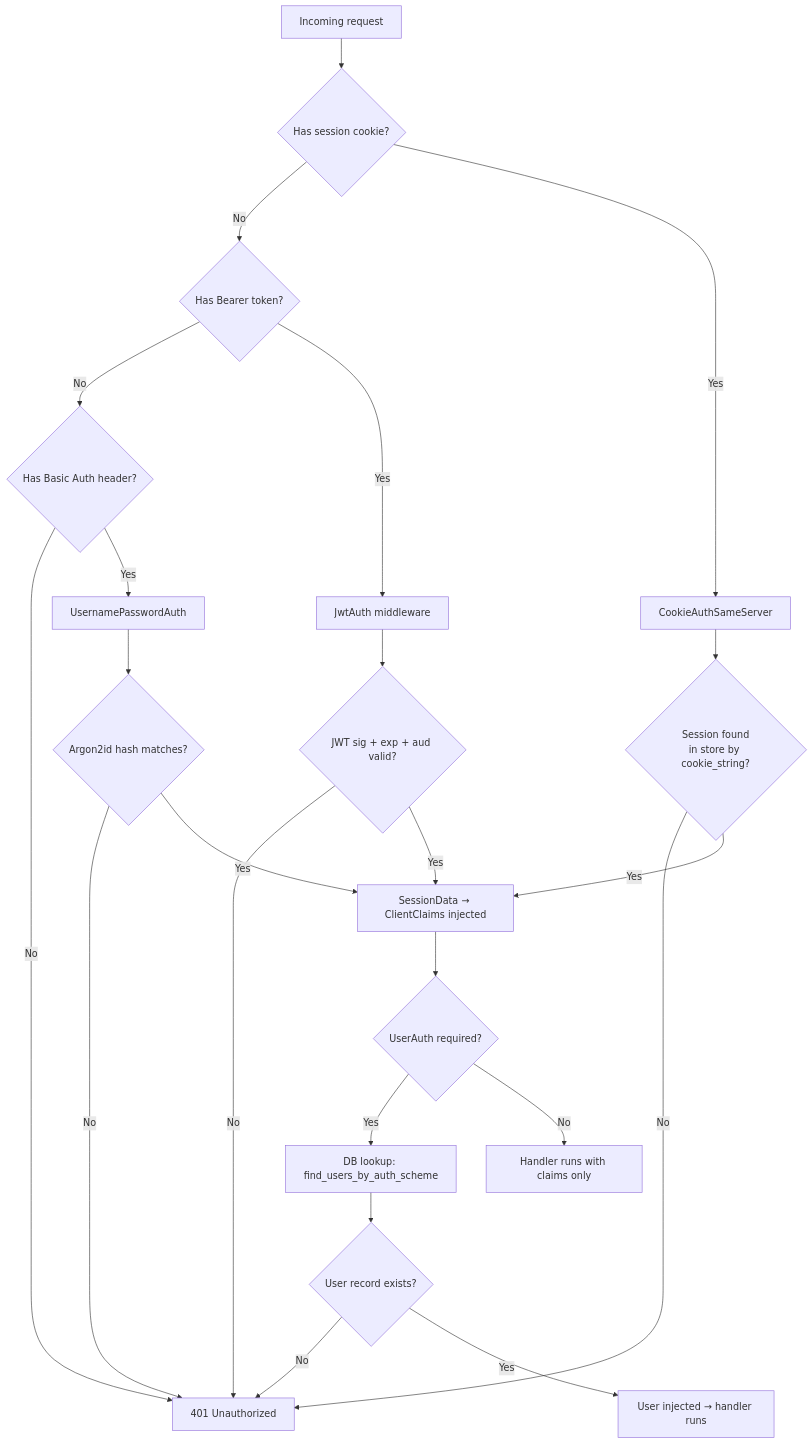
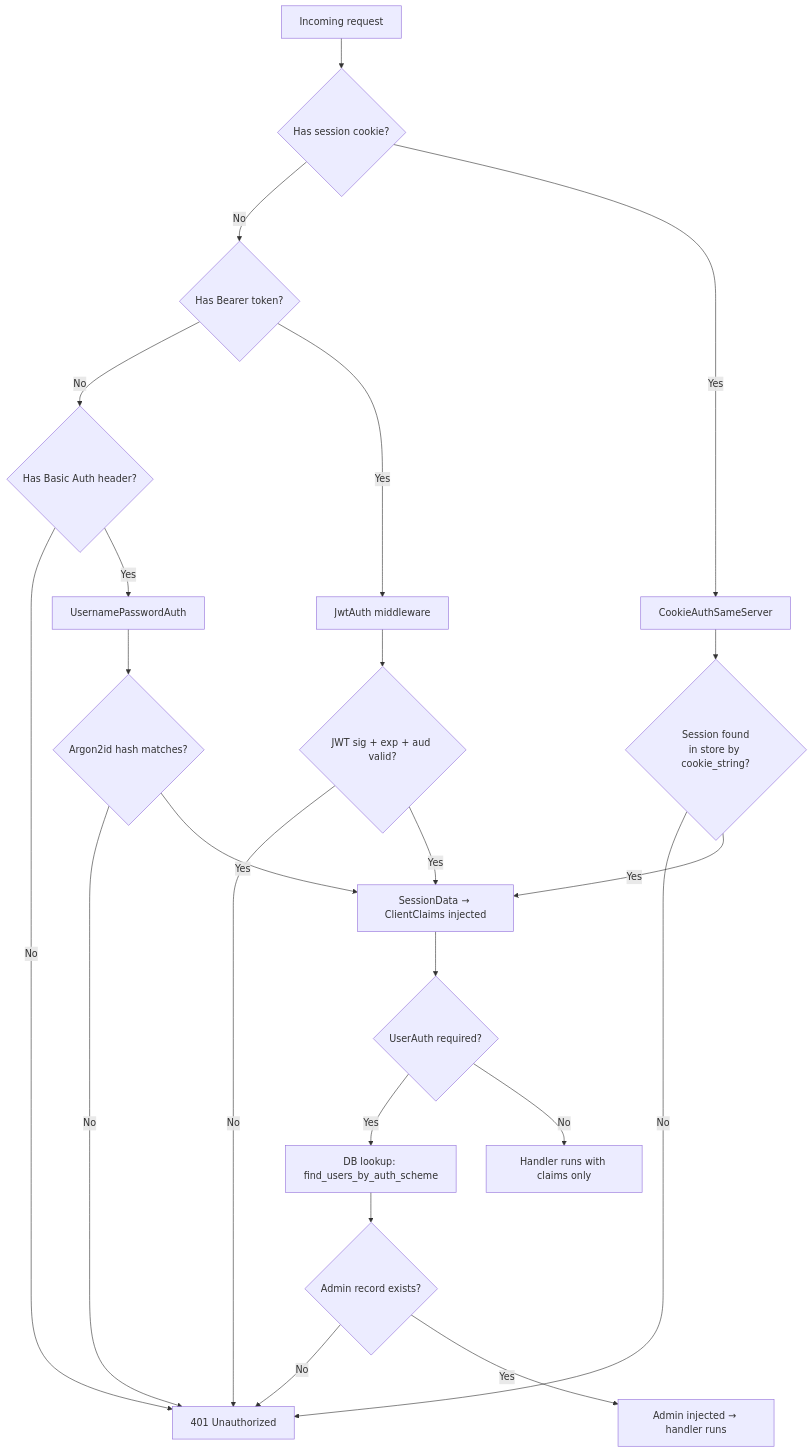
The eighth of 8 diagrams in server/documentation/authentication_flows.md (Cosmian/authentication), drawn with Mermaid before and after one commit. The commit also changed other lines of this file and 28 other files, not shown here.

Commit message:
Changed concept User to Admin

````diff
--- a/server/documentation/authentication_flows.md
+++ b/server/documentation/authentication_flows.md
@@ -334,26 +334,26 @@
 ```mermaid
 flowchart TD
     A[Incoming request] --> B{Has session cookie?}
     B -- No --> C{Has Bearer token?}
     B -- Yes --> D[CookieAuthSameServer]
     D --> G{Session found\nin store by cookie_string?}
     G -- No --> F[401 Unauthorized]
     G -- Yes --> H[SessionData → ClientClaims injected]
     H --> I{UserAuth required?}
     I -- Yes --> J[DB lookup: find_users_by_auth_scheme]
-    J --> K{User record exists?}
+    J --> K{Admin record exists?}
     K -- No --> F
-    K -- Yes --> L[User injected → handler runs]
+    K -- Yes --> L[Admin injected → handler runs]
     I -- No --> M[Handler runs with claims only]
 
     C -- No --> N{Has Basic Auth header?}
     C -- Yes --> O[JwtAuth middleware]
     O --> P{JWT sig + exp + aud valid?}
     P -- No --> F
     P -- Yes --> H
     N -- No --> F
     N -- Yes --> Q[UsernamePasswordAuth]
     Q --> R{Argon2id hash matches?}
     R -- No --> F
     R -- Yes --> H
 ```
````
